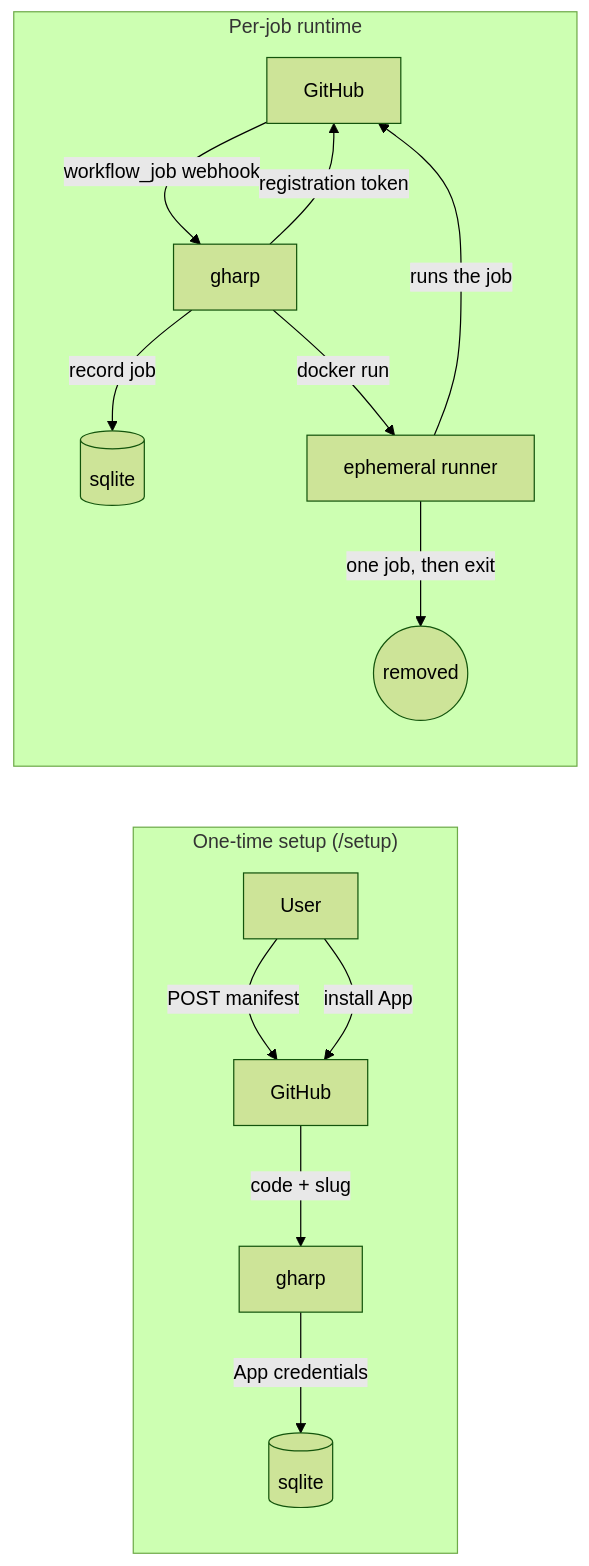
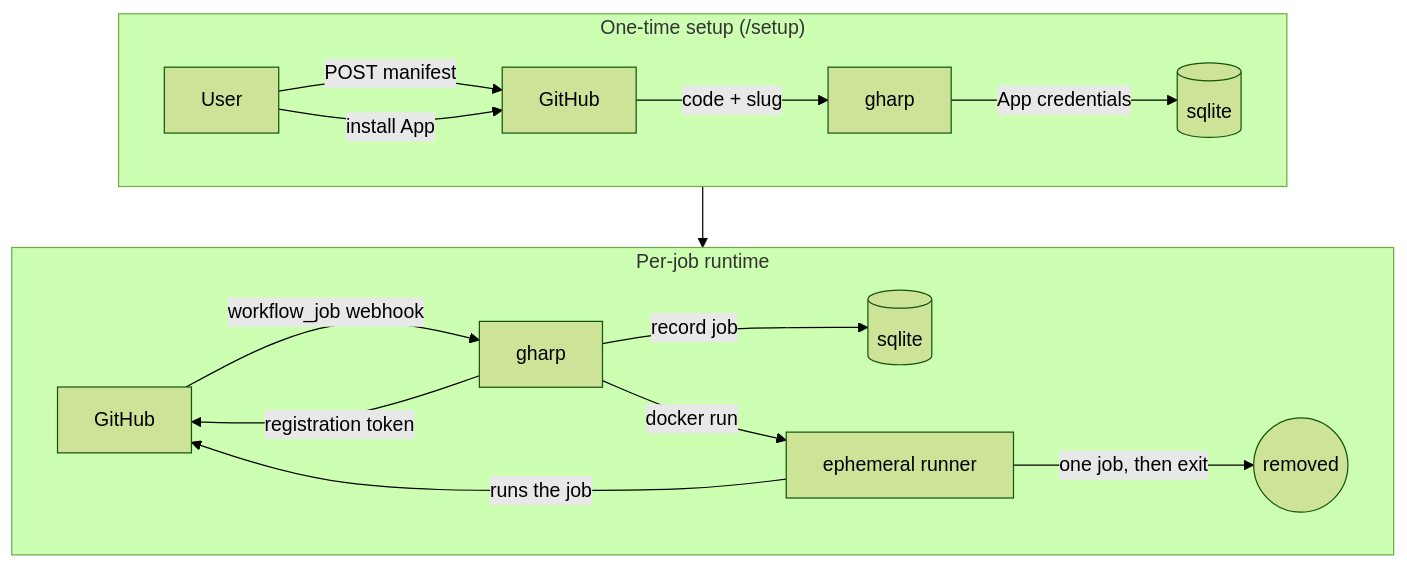
The diagram in README.md (muhac/actions-runner-pool), drawn with Mermaid (forest theme) before and after one commit.

Commit message:
docs(README): stack mermaid subgraphs vertically with internal LR direction

````diff
--- a/README.md
+++ b/README.md
@@ -98,18 +98,22 @@
 ```mermaid
-flowchart LR
+flowchart TB
     subgraph setup["One-time setup (/setup)"]
+        direction LR
         U[User] -- POST manifest --> GH1[GitHub]
         GH1 -- code + slug --> G1[gharp]
         G1 -- App credentials --> DB[(sqlite)]
         U -- install App --> GH1
     end
 
     subgraph runtime["Per-job runtime"]
+        direction LR
         GH2[GitHub] -- workflow_job webhook --> G2[gharp]
         G2 -- record job --> DB2[(sqlite)]
         G2 -- registration token --> GH2
         G2 -- docker run --> R[ephemeral runner]
         R -- runs the job --> GH2
         R -- one job, then exit --> X((removed))
     end
+
+    setup --> runtime
 ```
````
